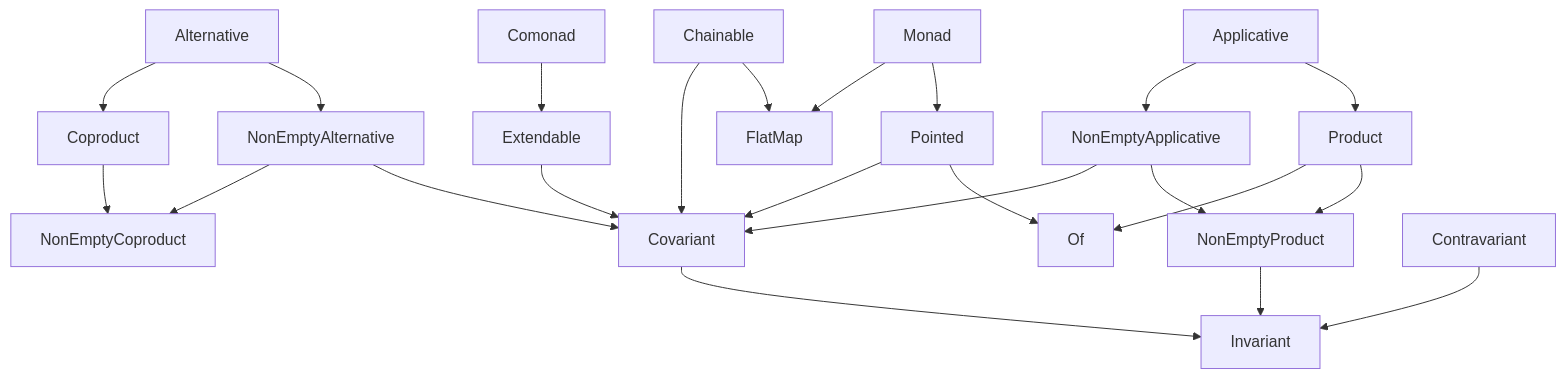
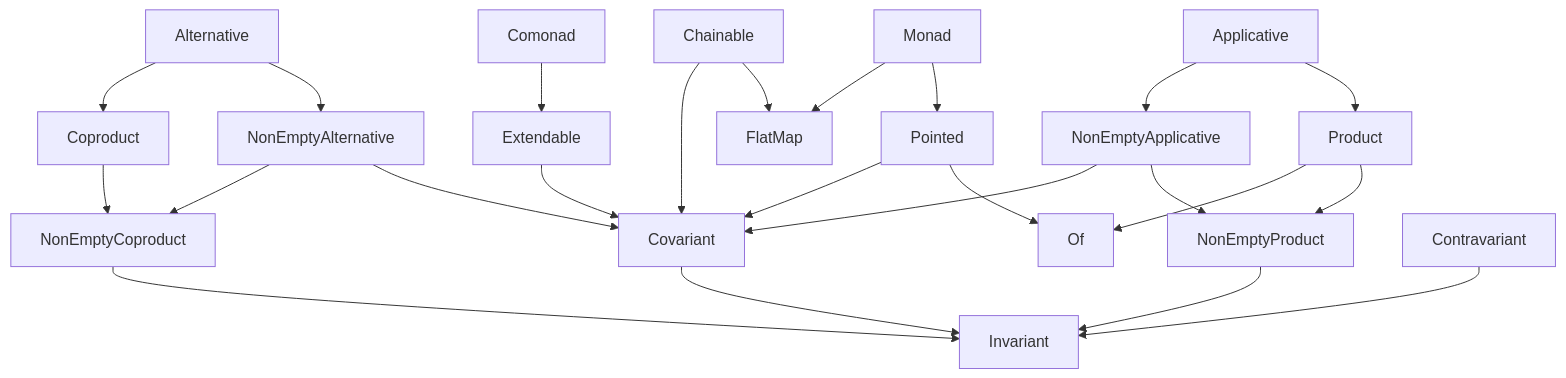
Before and after one commit to fp-ts/core: the diagram in Overview.md, drawn with Mermaid. The commit also changed other lines of this file and 3 other files, not shown here.

Commit message:
NonEmptyCoproduct: add coproductEither

````diff
--- a/Overview.md
+++ b/Overview.md
@@ -110,25 +110,26 @@
 ```mermaid
 flowchart TD
     Alternative --> NonEmptyAlternative
     Alternative --> Coproduct
     Applicative --> Product
     Coproduct --> NonEmptyCoproduct
     NonEmptyAlternative --> Covariant
     NonEmptyAlternative --> NonEmptyCoproduct
     NonEmptyApplicative --> NonEmptyProduct
     NonEmptyApplicative --> Covariant
     Applicative --> NonEmptyApplicative
     Comonad --> Extendable
     Extendable --> Covariant
     Chainable --> FlatMap
     Chainable ---> Covariant
     Monad --> Pointed
     Monad --> FlatMap
     Pointed --> Of
     Pointed --> Covariant
     Product --> NonEmptyProduct
     Product --> Of
     NonEmptyProduct --> Invariant
     Covariant --> Invariant
     Contravariant --> Invariant
+    NonEmptyCoproduct --> Invariant
 ```
````
